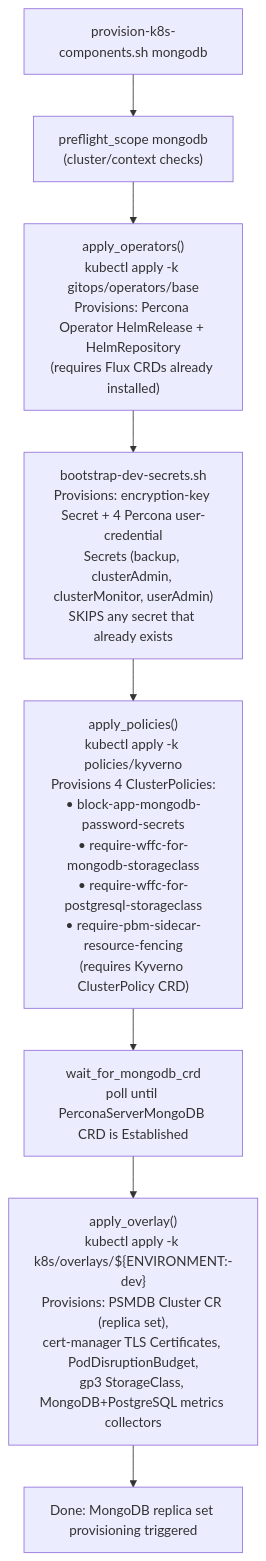
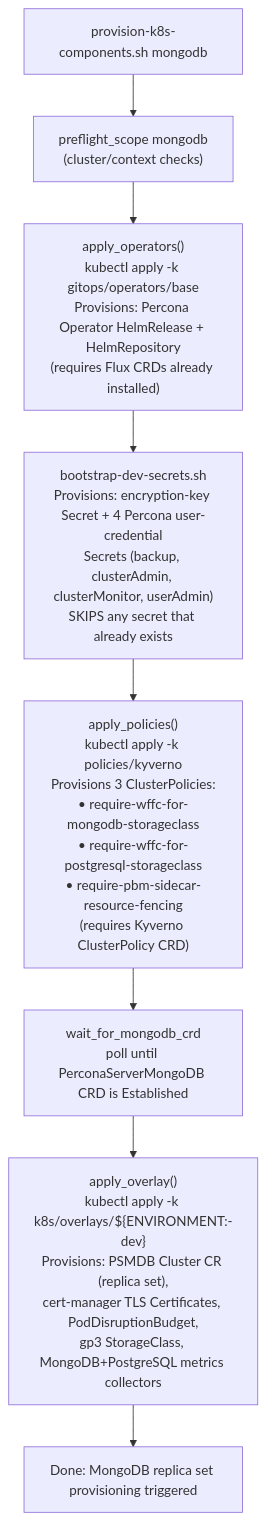
The third of 12 diagrams in docs/references/provisioning-flows-and-infra-diagrams.md (sml-global/mongodb), drawn with Mermaid before and after one commit. The commit also changed 10 other files, not shown here.

First line of the commit message:
fix(mongodb): full UAT provisioning chain -- tfvars, IAM policy, operator overlay, secrets, and Kyverno policy fixes (#61)

````diff
--- a/docs/references/provisioning-flows-and-infra-diagrams.md
+++ b/docs/references/provisioning-flows-and-infra-diagrams.md
@@ -143,10 +143,10 @@
 ```mermaid
 flowchart TD
   A["provision-k8s-components.sh mongodb"] --> B["preflight_scope mongodb<br/>(cluster/context checks)"]
   B --> C["apply_operators()<br/>kubectl apply -k gitops/operators/base<br/>Provisions: Percona Operator HelmRelease + HelmRepository<br/>(requires Flux CRDs already installed)"]
   C --> D["bootstrap-dev-secrets.sh<br/>Provisions: encryption-key Secret + 4 Percona user-credential<br/>Secrets (backup, clusterAdmin, clusterMonitor, userAdmin)<br/>SKIPS any secret that already exists"]
-  D --> E["apply_policies()<br/>kubectl apply -k policies/kyverno<br/>Provisions 4 ClusterPolicies:<br/>• block-app-mongodb-password-secrets<br/>• require-wffc-for-mongodb-storageclass<br/>• require-wffc-for-postgresql-storageclass<br/>• require-pbm-sidecar-resource-fencing<br/>(requires Kyverno ClusterPolicy CRD)"]
+  D --> E["apply_policies()<br/>kubectl apply -k policies/kyverno<br/>Provisions 3 ClusterPolicies:<br/>• require-wffc-for-mongodb-storageclass<br/>• require-wffc-for-postgresql-storageclass<br/>• require-pbm-sidecar-resource-fencing<br/>(requires Kyverno ClusterPolicy CRD)"]
   E --> F["wait_for_mongodb_crd<br/>poll until PerconaServerMongoDB CRD is Established"]
   F --> G["apply_overlay()<br/>kubectl apply -k k8s/overlays/${ENVIRONMENT:-dev}<br/>Provisions: PSMDB Cluster CR (replica set),<br/>cert-manager TLS Certificates, PodDisruptionBudget,<br/>gp3 StorageClass, MongoDB+PostgreSQL metrics collectors"]
   G --> H[Done: MongoDB replica set provisioning triggered]
 ```
````
